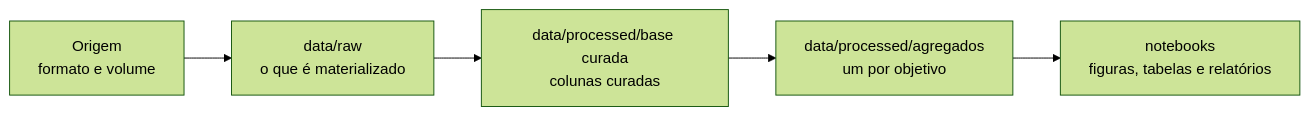
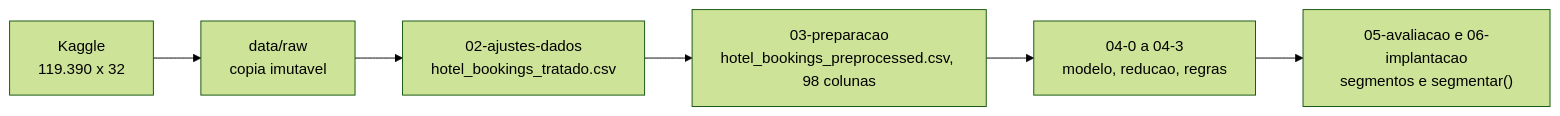
The diagram in docs/fonte-dados.md (PauloEverton05/Turismo-e-hotelaria), drawn with Mermaid (forest theme) before and after one commit. The commit also changed other lines of this file and 15 other files, not shown here.

````diff
--- a/docs/fonte-dados.md
+++ b/docs/fonte-dados.md
@@ -83,7 +88,8 @@
 ```mermaid
 flowchart LR
-    A["Origem<br/>formato e volume"] --> B["data/raw<br/>o que é materializado"]
-    B --> C["data/processed/base curada<br/>colunas curadas"]
-    C --> D["data/processed/agregados<br/>um por objetivo"]
-    D --> E["notebooks<br/>figuras, tabelas e relatórios"]
+    A["Kaggle<br/>119.390 x 32"] --> B["data/raw<br/>copia imutavel"]
+    B --> C["02-ajustes-dados<br/>hotel_bookings_tratado.csv"]
+    C --> D["03-preparacao<br/>hotel_bookings_preprocessed.csv, 98 colunas"]
+    D --> E["04-0 a 04-3<br/>modelo, reducao, regras"]
+    E --> F["05-avaliacao e 06-implantacao<br/>segmentos e segmentar()"]
 ```
````
